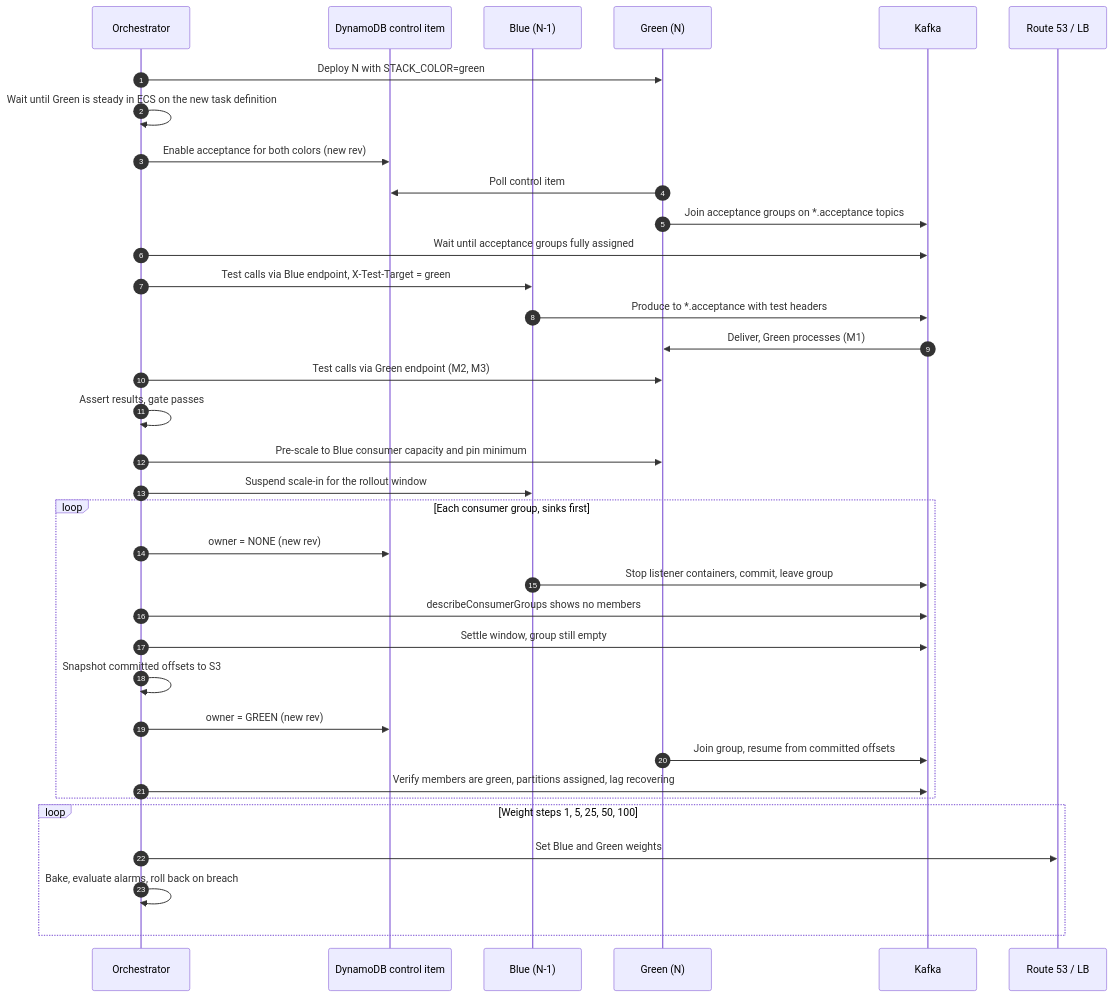
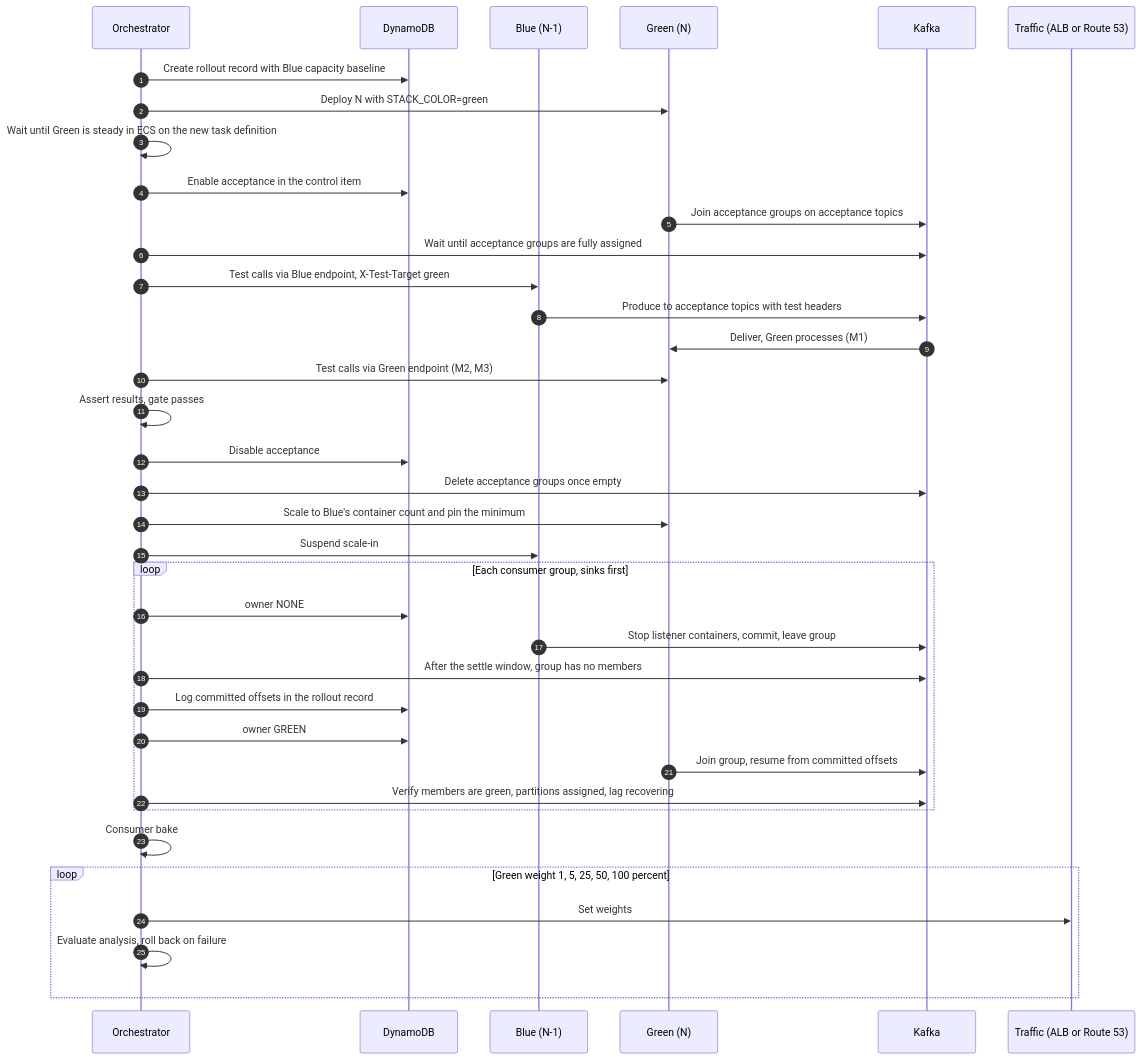
One commit to kr-shrey/personal-notes changed the first of 3 diagrams in consumer-canary-strategy.md. Above: the diagram before and after it, drawn with Mermaid. The commit also changed other lines of this file, not shown here.

````diff
--- a/consumer-canary-strategy.md
+++ b/consumer-canary-strategy.md
@@ -737,40 +889,42 @@
 ```mermaid
 sequenceDiagram
     autonumber
     participant O as Orchestrator
-    participant D as DynamoDB control item
+    participant D as DynamoDB
     participant B as Blue (N-1)
     participant G as Green (N)
     participant K as Kafka
-    participant R as Route 53 / LB
+    participant T as Traffic (ALB or Route 53)
 
+    O->>D: Create rollout record with Blue capacity baseline
     O->>G: Deploy N with STACK_COLOR=green
     O->>O: Wait until Green is steady in ECS on the new task definition
-    O->>D: Enable acceptance for both colors (new rev)
-    G->>D: Poll control item
-    G->>K: Join acceptance groups on *.acceptance topics
-    O->>K: Wait until acceptance groups fully assigned
-    O->>B: Test calls via Blue endpoint, X-Test-Target = green
-    B->>K: Produce to *.acceptance with test headers
+    O->>D: Enable acceptance in the control item
+    G->>K: Join acceptance groups on acceptance topics
+    O->>K: Wait until acceptance groups are fully assigned
+    O->>B: Test calls via Blue endpoint, X-Test-Target green
+    B->>K: Produce to acceptance topics with test headers
     K->>G: Deliver, Green processes (M1)
     O->>G: Test calls via Green endpoint (M2, M3)
     O->>O: Assert results, gate passes
-    O->>G: Pre-scale to Blue consumer capacity and pin minimum
-    O->>B: Suspend scale-in for the rollout window
+    O->>D: Disable acceptance
+    O->>K: Delete acceptance groups once empty
+    O->>G: Scale to Blue's container count and pin the minimum
+    O->>B: Suspend scale-in
 
     loop Each consumer group, sinks first
-        O->>D: owner = NONE (new rev)
+        O->>D: owner NONE
         B->>K: Stop listener containers, commit, leave group
-        O->>K: describeConsumerGroups shows no members
-        O->>K: Settle window, group still empty
-        O->>O: Snapshot committed offsets to S3
-        O->>D: owner = GREEN (new rev)
+        O->>K: After the settle window, group has no members
+        O->>D: Log committed offsets in the rollout record
+        O->>D: owner GREEN
         G->>K: Join group, resume from committed offsets
         O->>K: Verify members are green, partitions assigned, lag recovering
     end
 
-    loop Weight steps 1, 5, 25, 50, 100
-        O->>R: Set Blue and Green weights
-        O->>O: Bake, evaluate alarms, roll back on breach
+    O->>O: Consumer bake
+    loop Green weight 1, 5, 25, 50, 100 percent
+        O->>T: Set weights
+        O->>O: Evaluate analysis, roll back on failure
     end
 ```
````
